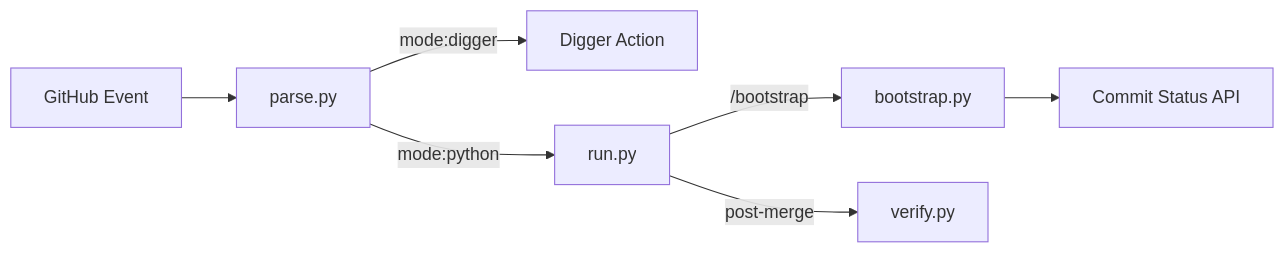
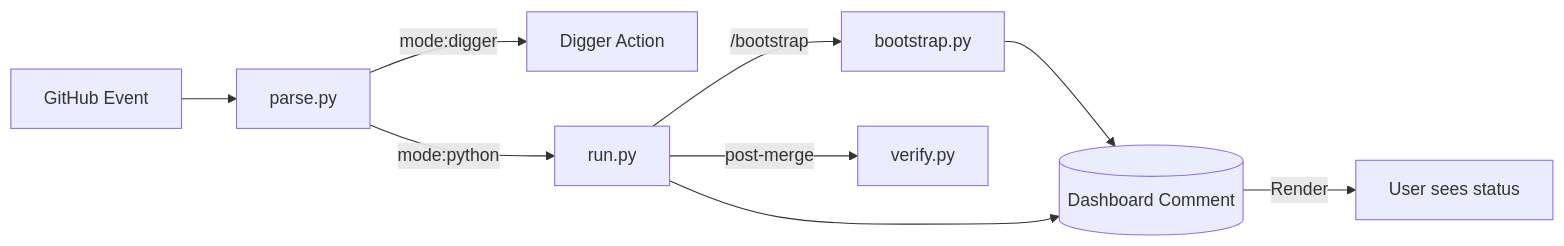
One commit to wangzitian0/infra changed the diagram in tools/ci/README.md. Above: the diagram before and after it, drawn with Mermaid. The commit also changed other lines of this file and 6 other files, not shown here.

````diff
--- a/tools/ci/README.md
+++ b/tools/ci/README.md
@@ -15,11 +21,14 @@
 ```mermaid
 flowchart LR
     Event[GitHub Event] --> Parse[parse.py]
     Parse --> |mode:digger| Digger[Digger Action]
     Parse --> |mode:python| Run[run.py]
     
     Run --> |/bootstrap| BS[bootstrap.py]
     Run --> |post-merge| Verify[verify.py]
     
-    BS --> Status[Commit Status API]
+    BS --> Dashboard[(Dashboard Comment)]
+    Run --> Dashboard
+    
+    Dashboard --> |Render| User[User sees status]
 ```
````
